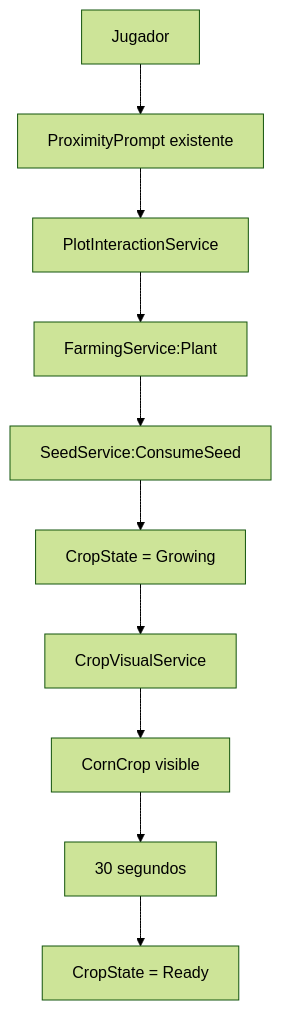
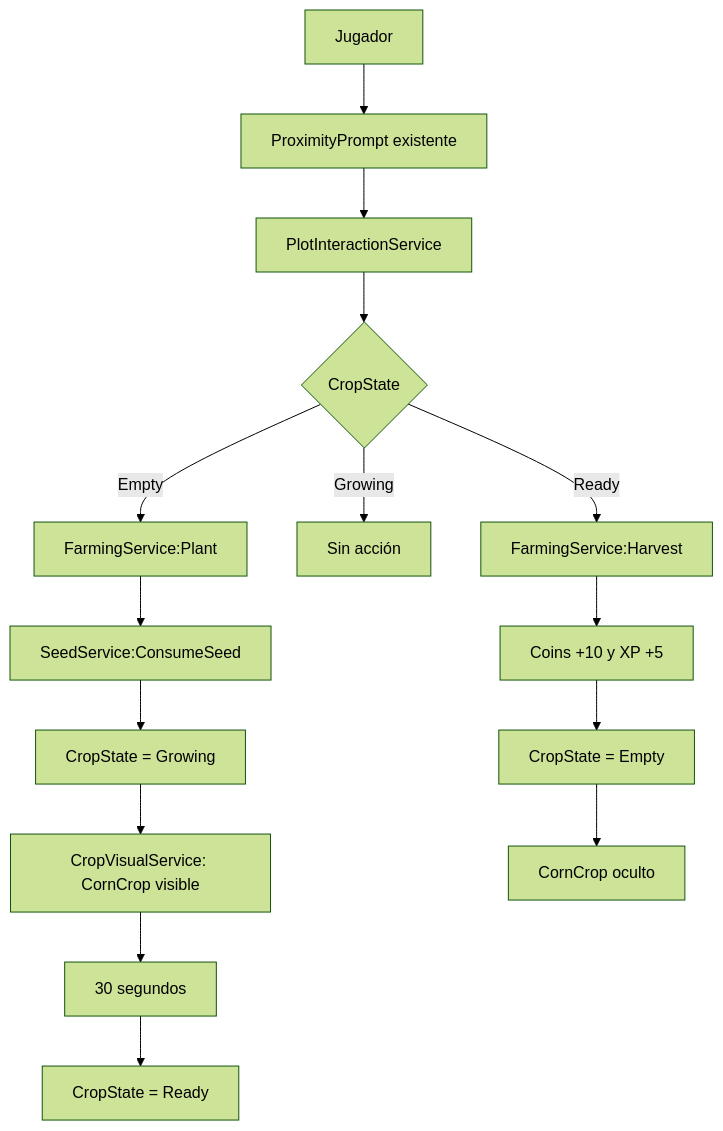
One commit to LuisDiaz122001/Jardin-Agrodiverso changed the diagram in README.md. Above: the diagram before and after it, drawn with Mermaid (forest theme). The commit also changed other lines of this file and 1 other file, not shown here.

````diff
--- a/README.md
+++ b/README.md
@@ -163,12 +163,17 @@
 ```mermaid
 flowchart TD
     A[Jugador] --> B[ProximityPrompt existente]
     B --> C[PlotInteractionService]
-    C --> D[FarmingService:Plant]
-    D --> E[SeedService:ConsumeSeed]
-    E --> F[CropState = Growing]
-    F --> G[CropVisualService]
-    G --> H[CornCrop visible]
+    C --> D{CropState}
+    D -->|Empty| E[FarmingService:Plant]
+    E --> F[SeedService:ConsumeSeed]
+    F --> G[CropState = Growing]
+    G --> H[CropVisualService: CornCrop visible]
     H --> I[30 segundos]
     I --> J[CropState = Ready]
+    D -->|Growing| K[Sin acción]
+    D -->|Ready| L[FarmingService:Harvest]
+    L --> M[Coins +10 y XP +5]
+    M --> N[CropState = Empty]
+    N --> O[CornCrop oculto]
 ```
````
